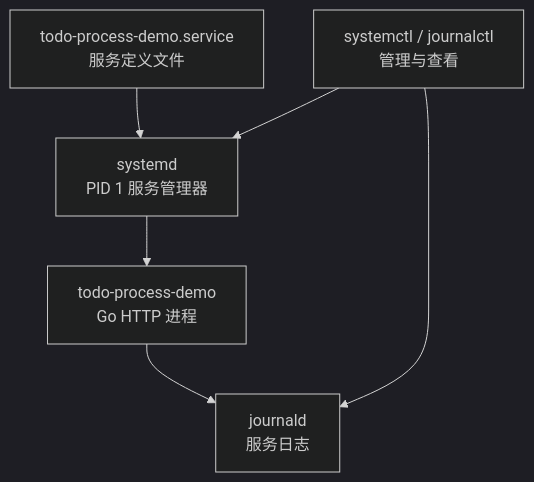
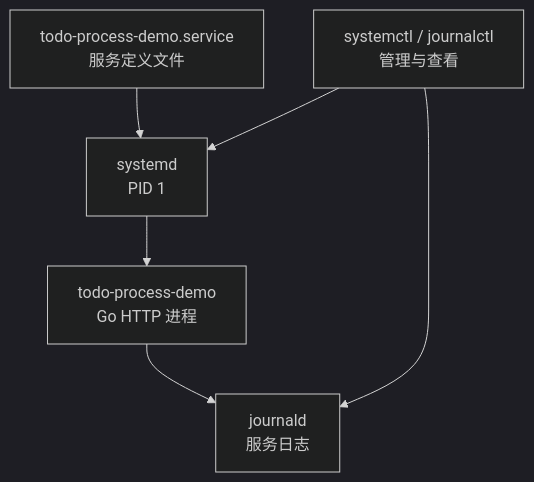
Before and after one commit to yleoer/cloud-native-todo-platform-docs: the second of 3 diagrams in docs/chapters/stage-01-foundation/03-linux-process.md, drawn with Mermaid (dark theme). The commit also changed other lines of this file and 3 other files, not shown here.

````diff
--- a/docs/chapters/stage-01-foundation/03-linux-process.md
+++ b/docs/chapters/stage-01-foundation/03-linux-process.md
@@ -257,14 +185,14 @@
 ```mermaid
 flowchart TB
     Unit["todo-process-demo.service<br/>服务定义文件"]
-    Systemd["systemd<br/>PID 1 服务管理器"]
+    Systemd["systemd<br/>PID 1"]
     Process["todo-process-demo<br/>Go HTTP 进程"]
     Journal["journald<br/>服务日志"]
     Admin["systemctl / journalctl<br/>管理与查看"]
 
     Unit --> Systemd
     Admin --> Systemd
     Systemd --> Process
     Process --> Journal
     Admin --> Journal
 ```
````
